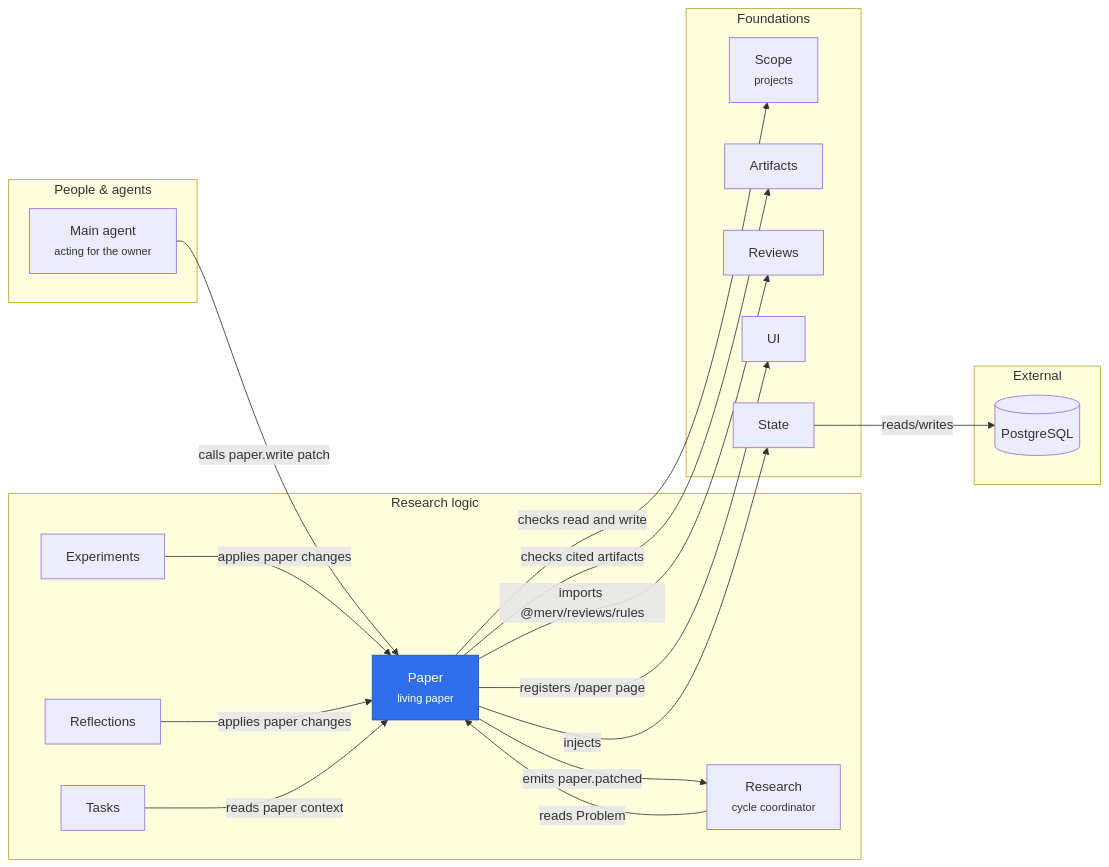
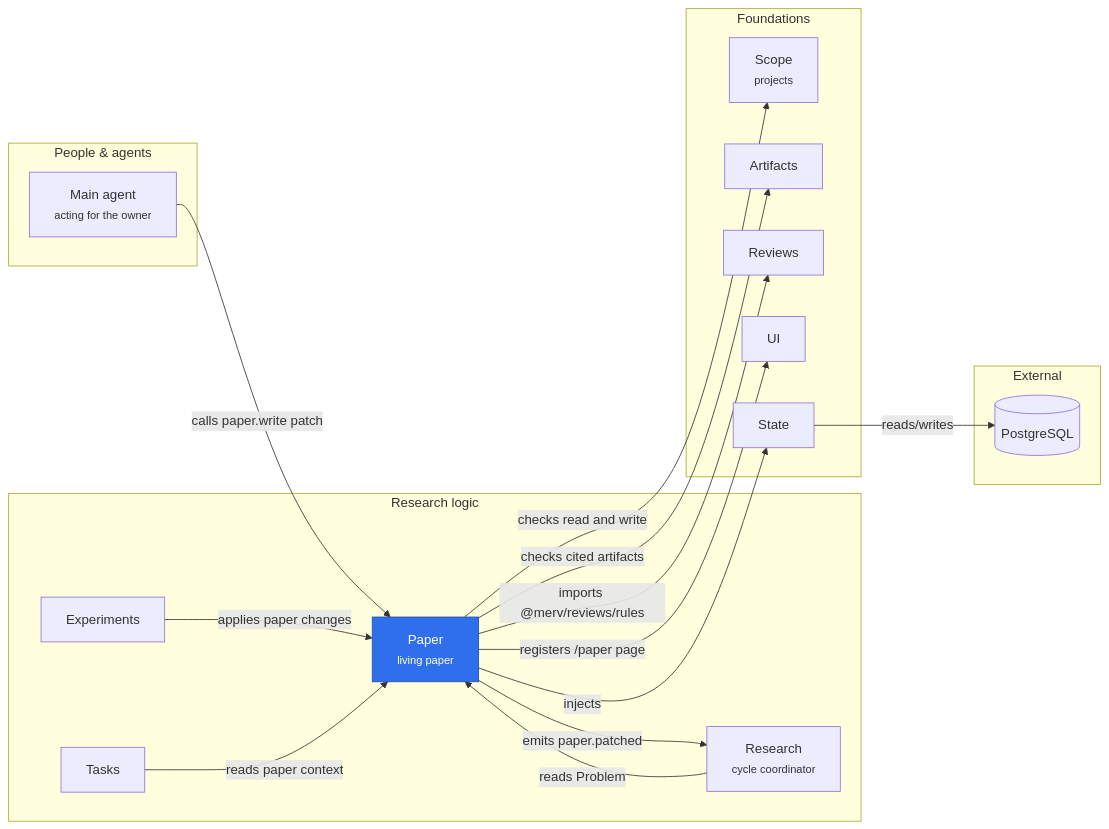
One commit to rapidreview-io/Merv changed the diagram in merv-typescript/packages/paper/README.md. Above: the diagram before and after it, drawn with Mermaid. The commit also changed other lines of this file and 132 other files, not shown here.

````diff
--- a/merv-typescript/packages/paper/README.md
+++ b/merv-typescript/packages/paper/README.md
@@ -11,37 +11,35 @@
 ```mermaid
 flowchart LR
   subgraph people["People & agents"]
     agent["Main agent<br/><small>acting for the owner</small>"]
   end
   subgraph logic["Research logic"]
     paper["Paper<br/><small>living paper</small>"]
     experiments["Experiments"]
-    reflections["Reflections"]
     tasks["Tasks"]
     research["Research<br/><small>cycle coordinator</small>"]
   end
   subgraph foundations["Foundations"]
     scope["Scope<br/><small>projects</small>"]
     artifacts["Artifacts"]
     reviews["Reviews"]
     ui["UI"]
     state["State"]
   end
   subgraph external["External"]
     postgres[("PostgreSQL")]
   end
   agent -- "calls paper.write patch" --> paper
   experiments -- "applies paper changes" --> paper
-  reflections -- "applies paper changes" --> paper
   tasks -- "reads paper context" --> paper
   research -- "reads Problem" --> paper
   paper -- "emits paper.patched" --> research
   paper -- "checks read and write" --> scope
   paper -- "checks cited artifacts" --> artifacts
   paper -- "imports @merv/reviews/rules" --> reviews
   paper -- "registers /paper page" --> ui
   paper -- "injects" --> state
   state -- "reads/writes" --> postgres
   class paper self
   classDef self fill:#2f6feb,color:#fff,stroke:#1f4fb0
 ```
````
